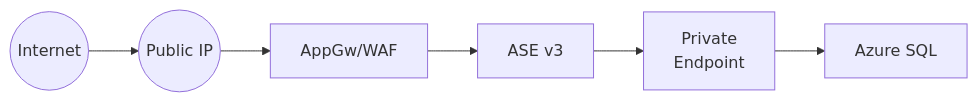
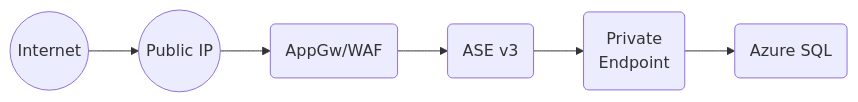
One commit to msalemor/app-services-networking changed the sixth of 7 diagrams in README.md. Above: the diagram before and after it, drawn with Mermaid. The commit also changed other lines of this file, not shown here.

````diff
--- a/README.md
+++ b/README.md
@@ -135,8 +136,8 @@
 ```mermaid
 graph LR;
     A((Internet))-->B((Public IP));
-    B-->C[AppGw/WAF];
-    C-->D[ASE v3];
-    D-->E[Private<br/>Endpoint]
-    E-->F[Azure SQL]
+    B-->C(AppGw/WAF);
+    C-->D(ASE v3);
+    D-->E(Private<br/>Endpoint);
+    E-->F(Azure SQL);
 ```
````
